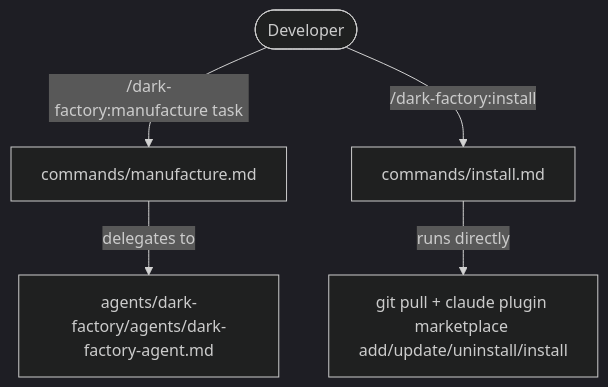
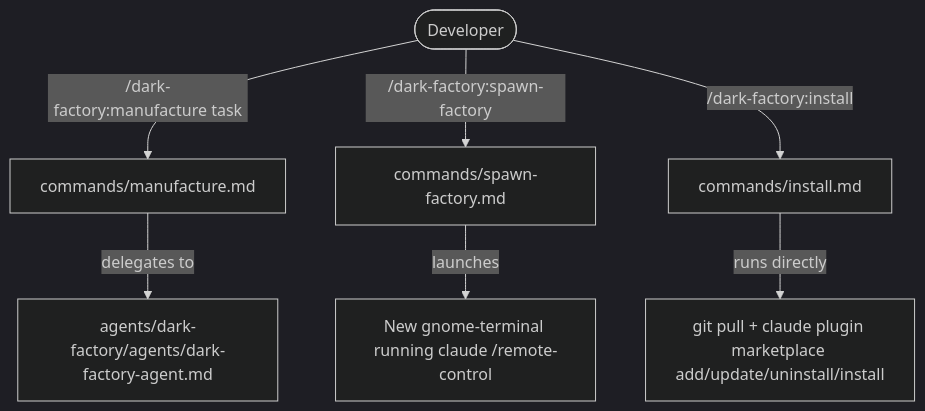
Before and after one commit to lewibs/dark-factory: the diagram in docs/docs/commands.md, drawn with Mermaid (dark theme). The commit also changed other lines of this file and 3 other files, not shown here.

Commit message:
feat(spawn-factory): update command implementation and add docs

````diff
--- a/docs/docs/commands.md
+++ b/docs/docs/commands.md
@@ -18,8 +18,10 @@
 ```mermaid
 flowchart TD
   Dev([Developer]) -->|/dark-factory:manufacture task| CMD_M[commands/manufacture.md]
+  Dev -->|/dark-factory:spawn-factory| CMD_S[commands/spawn-factory.md]
   Dev -->|/dark-factory:install| CMD_I[commands/install.md]
 
   CMD_M -->|delegates to| DFA[agents/dark-factory/agents/dark-factory-agent.md]
+  CMD_S -->|launches| TERM[New gnome-terminal running claude /remote-control]
   CMD_I -->|runs directly| GIT[git pull + claude plugin marketplace add/update/uninstall/install]
 ```
````
